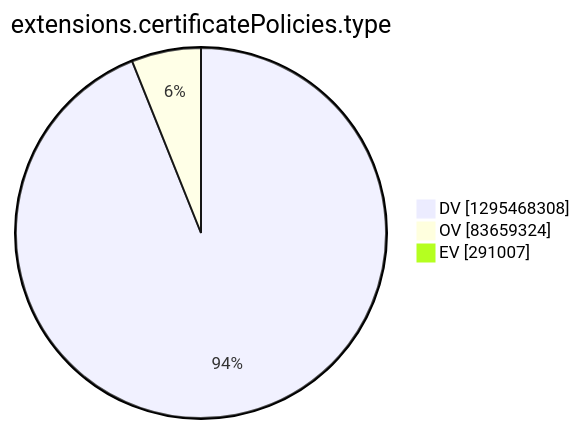
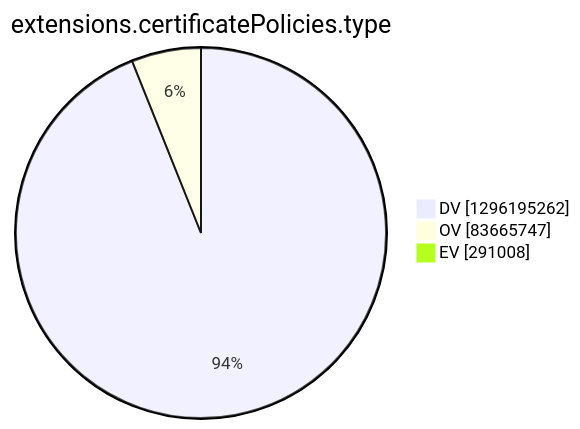
One commit to christiankrug/ctmonitor_visualization changed the tenth of 15 diagrams in argon2022/README.md. Above: the diagram before and after it, drawn with Mermaid. The commit also changed other lines of this file, not shown here.

````diff
--- a/argon2022/README.md
+++ b/argon2022/README.md
@@ -2772,7 +2772,7 @@
 ```mermaid
 pie showData
 title extensions.certificatePolicies.type
-"DV" :1295468308
-"OV" :83659324
-"EV" :291007
+"DV" :1296195262
+"OV" :83665747
+"EV" :291008
 ```
````
